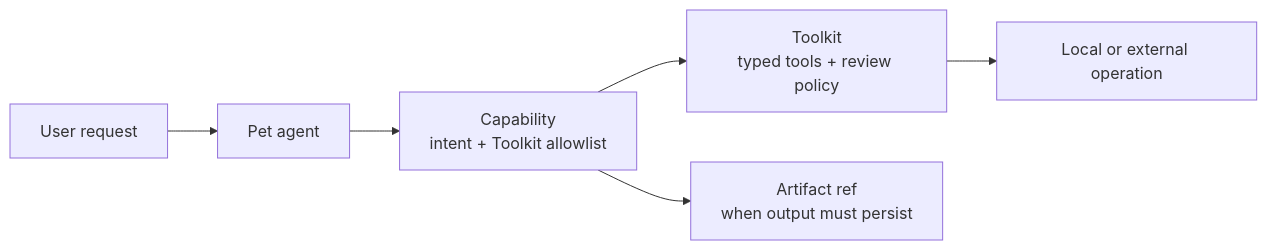
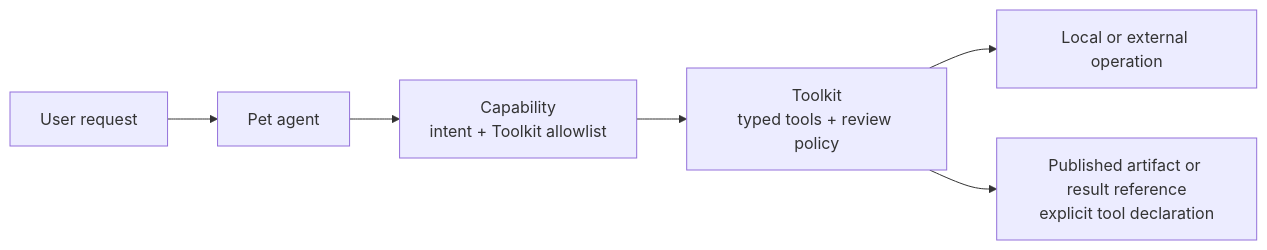
The diagram in docs/concepts/core-concepts.md (pinpawo/pinpawo-agent), drawn with Mermaid before and after one commit. The commit also changed other lines of this file and 212 other files, not shown here.

````diff
--- a/docs/concepts/core-concepts.md
+++ b/docs/concepts/core-concepts.md
@@ -65,8 +66,8 @@
 ```mermaid
 flowchart LR
   R["User request"] --> P["Pet agent"]
   P --> C["Capability\nintent + Toolkit allowlist"]
   C --> T["Toolkit\ntyped tools + review policy"]
   T --> O["Local or external operation"]
-  C --> A["Artifact ref\nwhen output must persist"]
+  T --> A["Published artifact or result reference\nexplicit tool declaration"]
 ```
````
